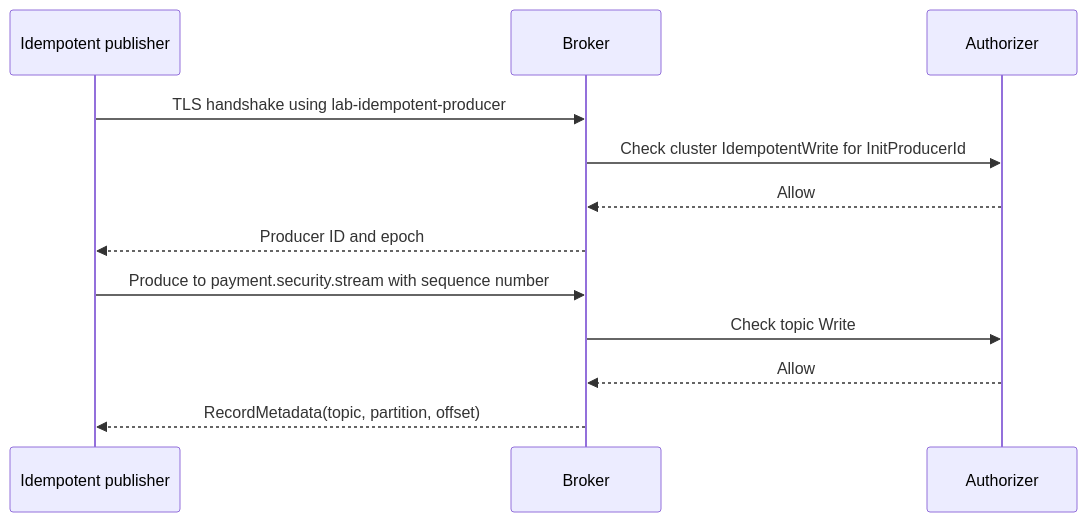
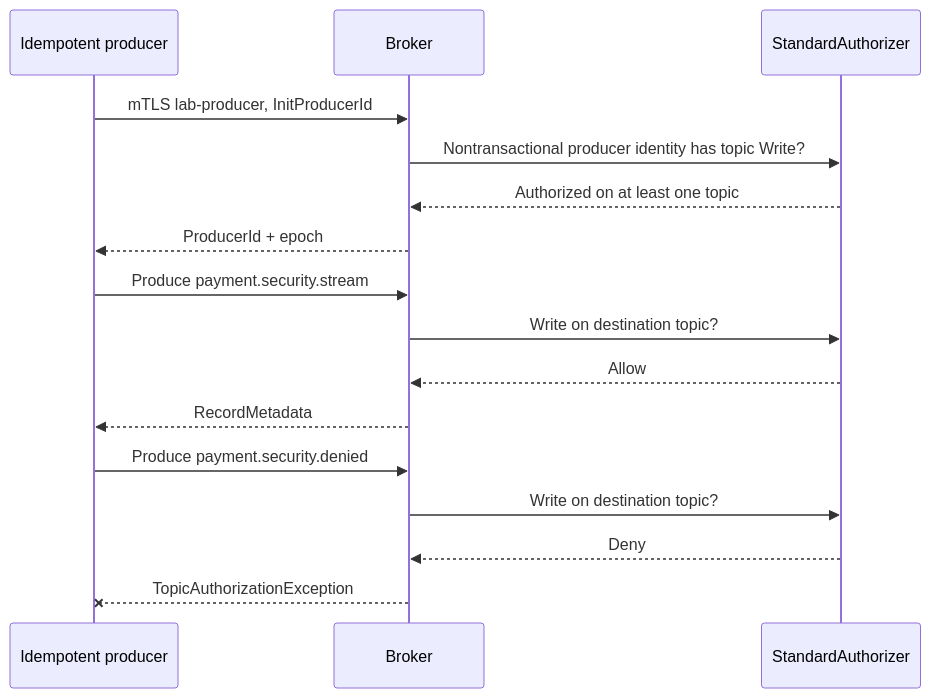
Before and after one commit to asambataiden/enterprise-payment-platform: the second of 2 diagrams in docs/learning/37-kafka-idempotent-producer-authorization.md, drawn with Mermaid. The commit also changed other lines of this file, not shown here.

Commit message:
docs(architecture): reassess Kafka idempotence using KIP-679 and two real failures

````diff
--- a/docs/learning/37-kafka-idempotent-producer-authorization.md
+++ b/docs/learning/37-kafka-idempotent-producer-authorization.md
@@ -87,14 +101,18 @@
 ```mermaid
 sequenceDiagram
-    participant App as Idempotent publisher
-    participant Kafka as Broker
-    participant ACL as Authorizer
-    App->>Kafka: TLS handshake using lab-idempotent-producer
-    Kafka->>ACL: Check cluster IdempotentWrite for InitProducerId
-    ACL-->>Kafka: Allow
-    Kafka-->>App: Producer ID and epoch
-    App->>Kafka: Produce to payment.security.stream with sequence number
-    Kafka->>ACL: Check topic Write
-    ACL-->>Kafka: Allow
-    Kafka-->>App: RecordMetadata(topic, partition, offset)
+    participant P as Idempotent producer
+    participant B as Broker
+    participant ACL as StandardAuthorizer
+    P->>B: mTLS lab-producer, InitProducerId
+    B->>ACL: Nontransactional producer identity has topic Write?
+    ACL-->>B: Authorized on at least one topic
+    B-->>P: ProducerId + epoch
+    P->>B: Produce payment.security.stream
+    B->>ACL: Write on destination topic?
+    ACL-->>B: Allow
+    B-->>P: RecordMetadata
+    P->>B: Produce payment.security.denied
+    B->>ACL: Write on destination topic?
+    ACL-->>B: Deny
+    B--xP: TopicAuthorizationException
 ```
````
